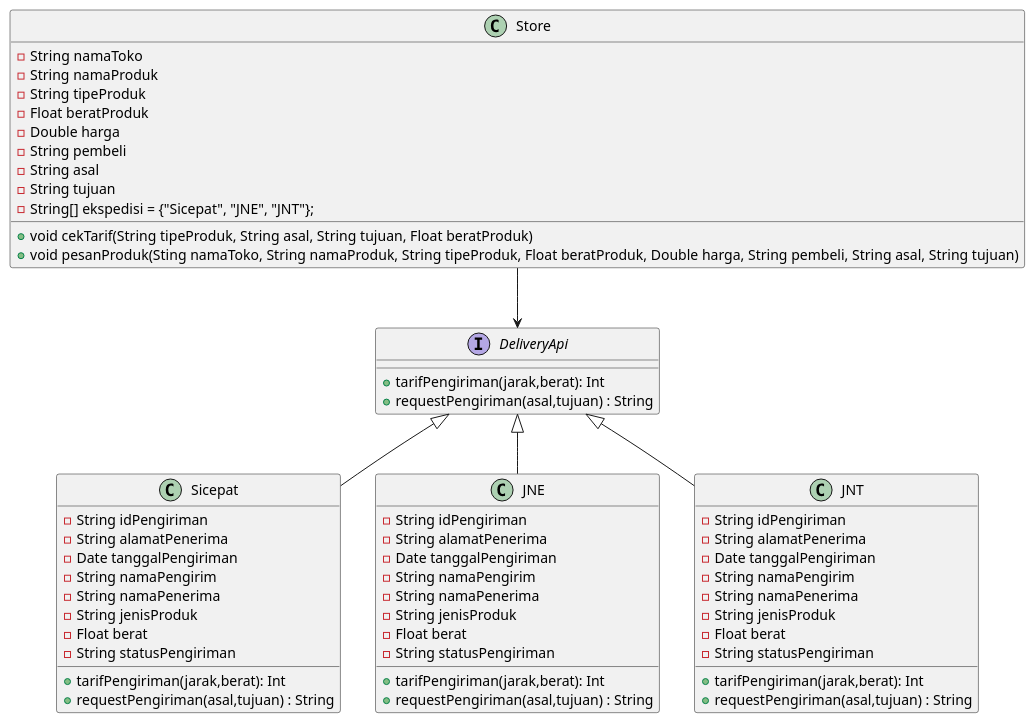
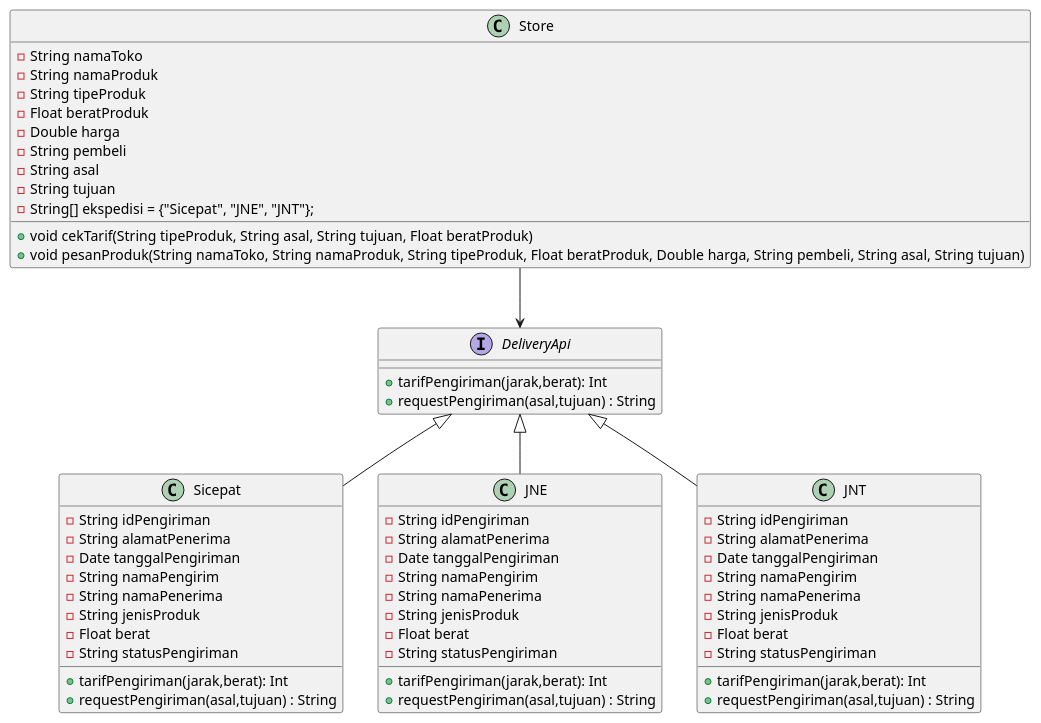
Before and after one commit to farhanzakiputra/pbpu-a-2022: the diagram in Kelompok 4/UML kelompok 4/UML Class Diagram Ecommerce.puml, drawn with PlantUML.

```diff
--- a/Kelompok 4/UML kelompok 4/UML Class Diagram Ecommerce.puml
+++ b/Kelompok 4/UML kelompok 4/UML Class Diagram Ecommerce.puml
@@ -1,72 +1,72 @@
 @startuml E-commerce
 ' diagram style
 
 ' diagram relation
 DeliveryApi <|-- Sicepat
 DeliveryApi <|-- JNE
 DeliveryApi <|-- JNT
 Store --> DeliveryApi
 
 class Store{
   -String namaToko
   -String namaProduk
   -String tipeProduk
   -Float beratProduk
   -Double harga
   -String pembeli
   -String asal
   -String tujuan
   -String[] ekspedisi = {"Sicepat", "JNE", "JNT"};
 
   +void cekTarif(String tipeProduk, String asal, String tujuan, Float beratProduk)
-  +void pesanProduk(Sting namaToko, String namaProduk, String tipeProduk, Float beratProduk, Double harga, String pembeli, String asal, String tujuan)
+  +void pesanProduk(String namaToko, String namaProduk, String tipeProduk, Float beratProduk, Double harga, String pembeli, String asal, String tujuan)
 }
 
 interface DeliveryApi{
     +tarifPengiriman(jarak,berat): Int
     +requestPengiriman(asal,tujuan) : String
 }
 
 Class Sicepat{
     -String idPengiriman
 	  -String alamatPenerima
 	  -Date tanggalPengiriman
 	  -String namaPengirim 
 	  -String namaPenerima
 	  -String jenisProduk
 	  -Float berat
 	  -String statusPengiriman
   
     +tarifPengiriman(jarak,berat): Int
     +requestPengiriman(asal,tujuan) : String
 }
 
 Class JNE{
     -String idPengiriman
 	  -String alamatPenerima
 	  -Date tanggalPengiriman
 	  -String namaPengirim 
 	  -String namaPenerima
 	  -String jenisProduk
   	-Float berat
   	-String statusPengiriman
   
     +tarifPengiriman(jarak,berat): Int
     +requestPengiriman(asal,tujuan) : String
 }
 
 Class JNT{
     -String idPengiriman
 	  -String alamatPenerima
 	  -Date tanggalPengiriman
 	  -String namaPengirim 
 	  -String namaPenerima
 	  -String jenisProduk
 	  -Float berat
 	  -String statusPengiriman
   
     +tarifPengiriman(jarak,berat): Int
     +requestPengiriman(asal,tujuan) : String
 }
 
 @enduml
```
